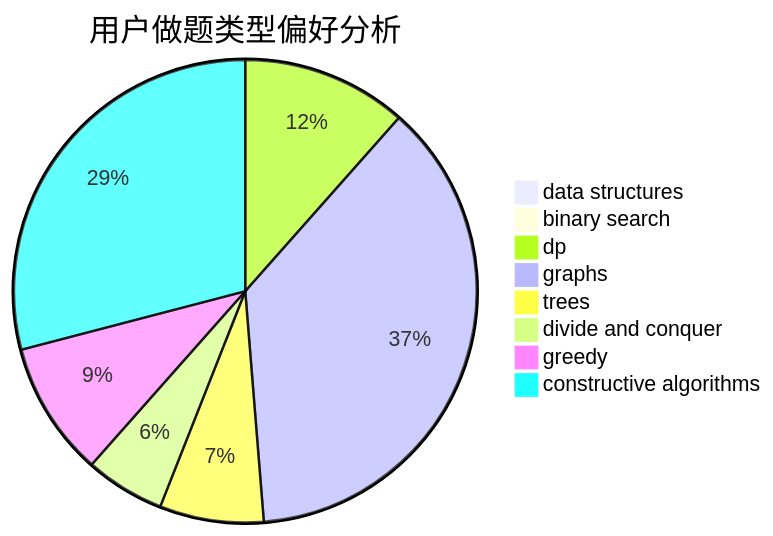
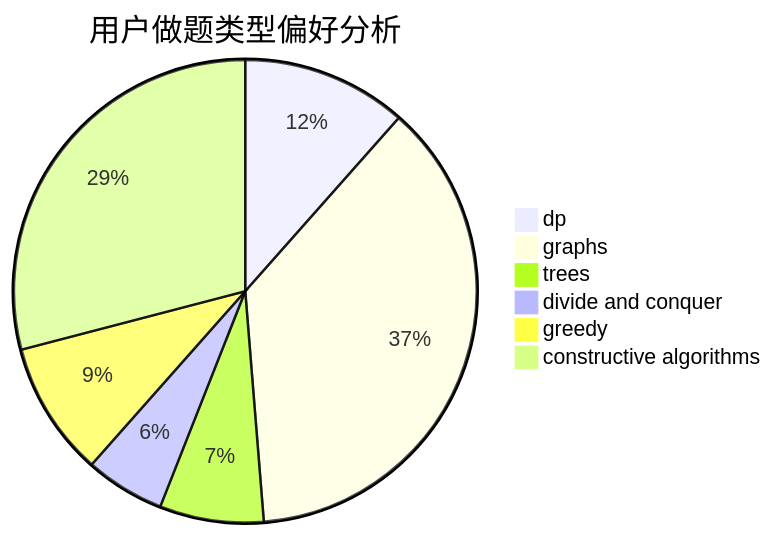
Before and after one commit to sherpahu/cfrs.github.io: the second of 3 diagrams in docs/user/u312.md, drawn with Mermaid. The commit also changed other lines of this file and 2770 other files, not shown here.

````diff
--- a/docs/user/u312.md
+++ b/docs/user/u312.md
@@ -18,11 +16,9 @@
 ```mermaid
 pie title 用户做题类型偏好分析
-    "data structures" :  0
-    "binary search" :  0
     "dp" :  27
     "graphs" :  87
     "trees" :  17
     "divide and conquer" :  13
     "greedy" :  22
     "constructive algorithms" :  68
 ```
````
